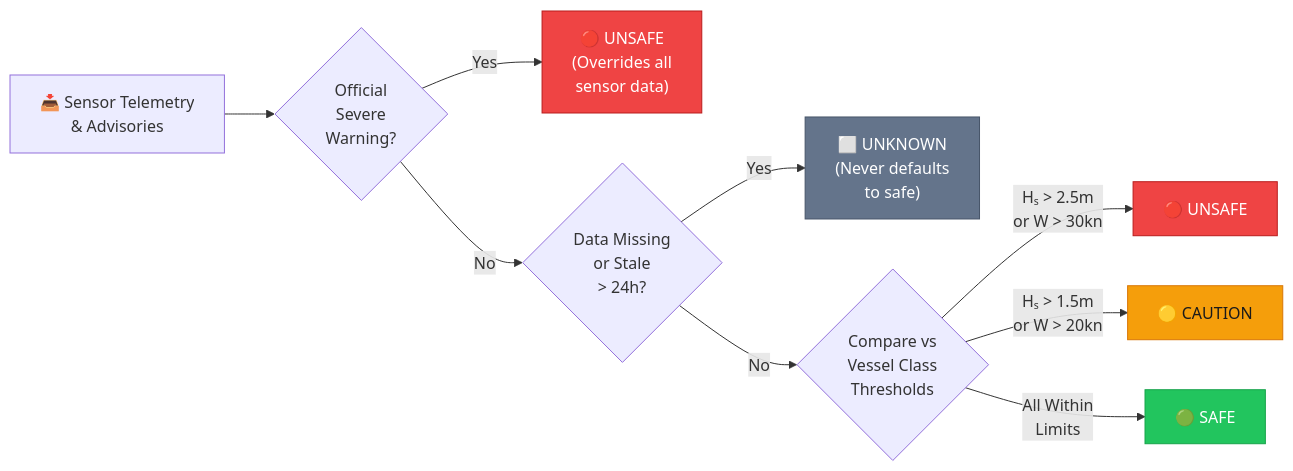
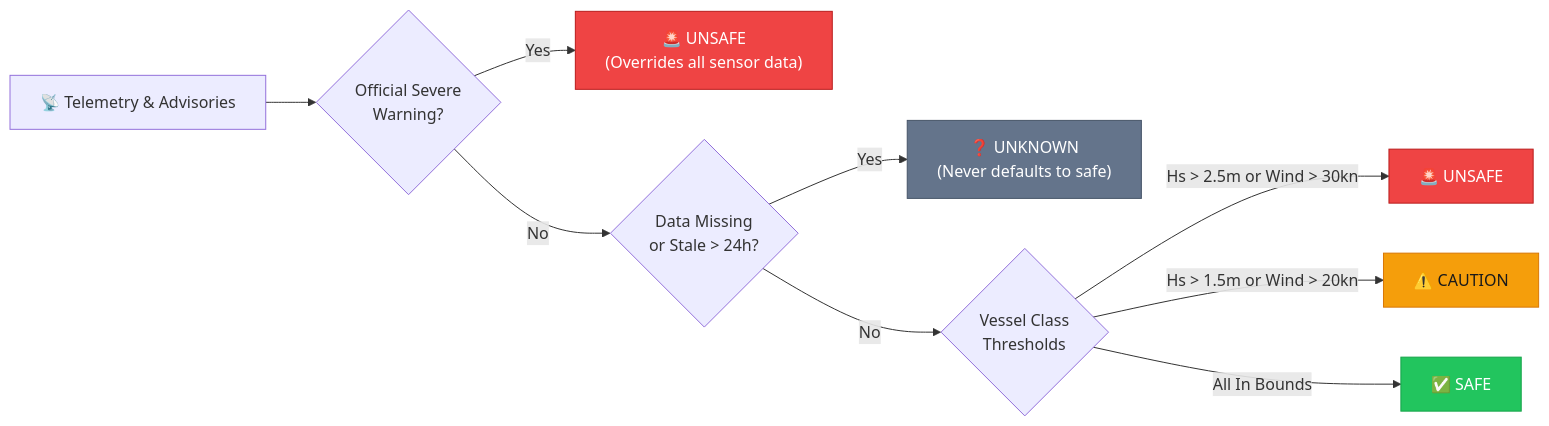
Before and after one commit to Abhilakkkkshya505/orca_project: the second of 2 diagrams in README.md, drawn with Mermaid. The commit also changed other lines of this file and 1 other file, not shown here.

````diff
--- a/README.md
+++ b/README.md
@@ -125,17 +140,17 @@
 ```mermaid
 flowchart LR
-    IN["📥 Sensor Telemetry\n& Advisories"] --> CHK{"Official\nSevere\nWarning?"}
-    CHK -->|"Yes"| UNSAFE["🔴 UNSAFE\n(Overrides all\nsensor data)"]
-    CHK -->|"No"| STALE{"Data Missing\nor Stale\n> 24h?"}
-    STALE -->|"Yes"| UNK["⬜ UNKNOWN\n(Never defaults\nto safe)"]
-    STALE -->|"No"| THRESH{"Compare vs\nVessel Class\nThresholds"}
-    THRESH -->|"Hₛ > 2.5m\nor W > 30kn"| UNSAFE2["🔴 UNSAFE"]
-    THRESH -->|"Hₛ > 1.5m\nor W > 20kn"| CAUT["🟡 CAUTION"]
-    THRESH -->|"All Within\nLimits"| SAFE["🟢 SAFE"]
+    IN["📡 Telemetry & Advisories"] --> CHK{"Official Severe\nWarning?"}
+    CHK -->|"Yes"| UNSAFE["🚨 UNSAFE\n(Overrides all sensor data)"]
+    CHK -->|"No"| STALE{"Data Missing\nor Stale > 24h?"}
+    STALE -->|"Yes"| UNK["❓ UNKNOWN\n(Never defaults to safe)"]
+    STALE -->|"No"| THRESH{"Vessel Class\nThresholds"}
+    THRESH -->|"Hs > 2.5m or Wind > 30kn"| UNSAFE2["🚨 UNSAFE"]
+    THRESH -->|"Hs > 1.5m or Wind > 20kn"| CAUT["⚠️ CAUTION"]
+    THRESH -->|"All In Bounds"| SAFE["✅ SAFE"]
 
     style UNSAFE fill:#ef4444,color:#fff,stroke:#b91c1c
     style UNSAFE2 fill:#ef4444,color:#fff,stroke:#b91c1c
     style CAUT fill:#f59e0b,color:#1a1a1a,stroke:#d97706
     style SAFE fill:#22c55e,color:#fff,stroke:#16a34a
     style UNK fill:#64748b,color:#fff,stroke:#475569
 ```
````
